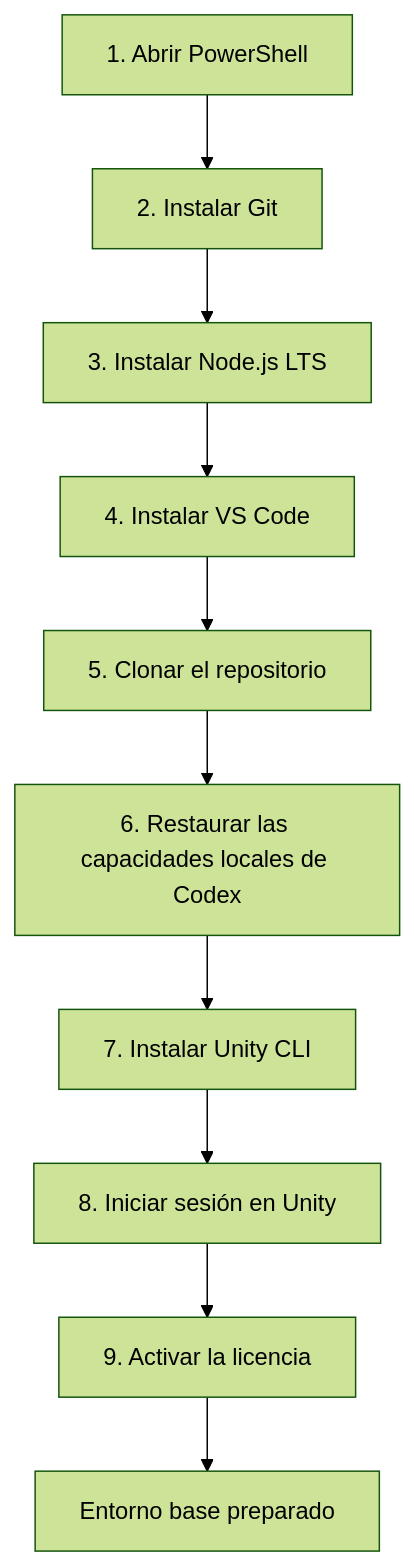
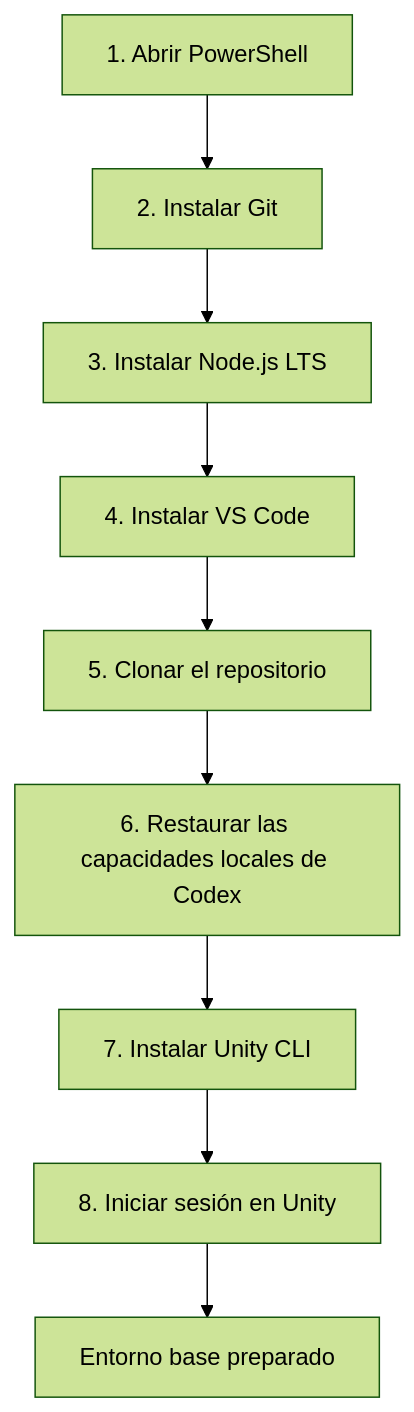
The first of 3 diagrams in README.md (jcarrenogallego/learning-unity), drawn with Mermaid (forest theme) before and after one commit.

Commit message:
docs(readme): simplify setup diagram

````diff
--- a/README.md
+++ b/README.md
@@ -21,12 +21,11 @@
 ```mermaid
 flowchart TD
     A[1. Abrir PowerShell] --> B[2. Instalar Git]
     B --> C[3. Instalar Node.js LTS]
     C --> D[4. Instalar VS Code]
     D --> E[5. Clonar el repositorio]
     E --> F[6. Restaurar las capacidades locales de Codex]
     F --> G[7. Instalar Unity CLI]
     G --> H[8. Iniciar sesión en Unity]
-    H --> I[9. Activar la licencia]
-    I --> J[Entorno base preparado]
+    H --> I[Entorno base preparado]
 ```
````
